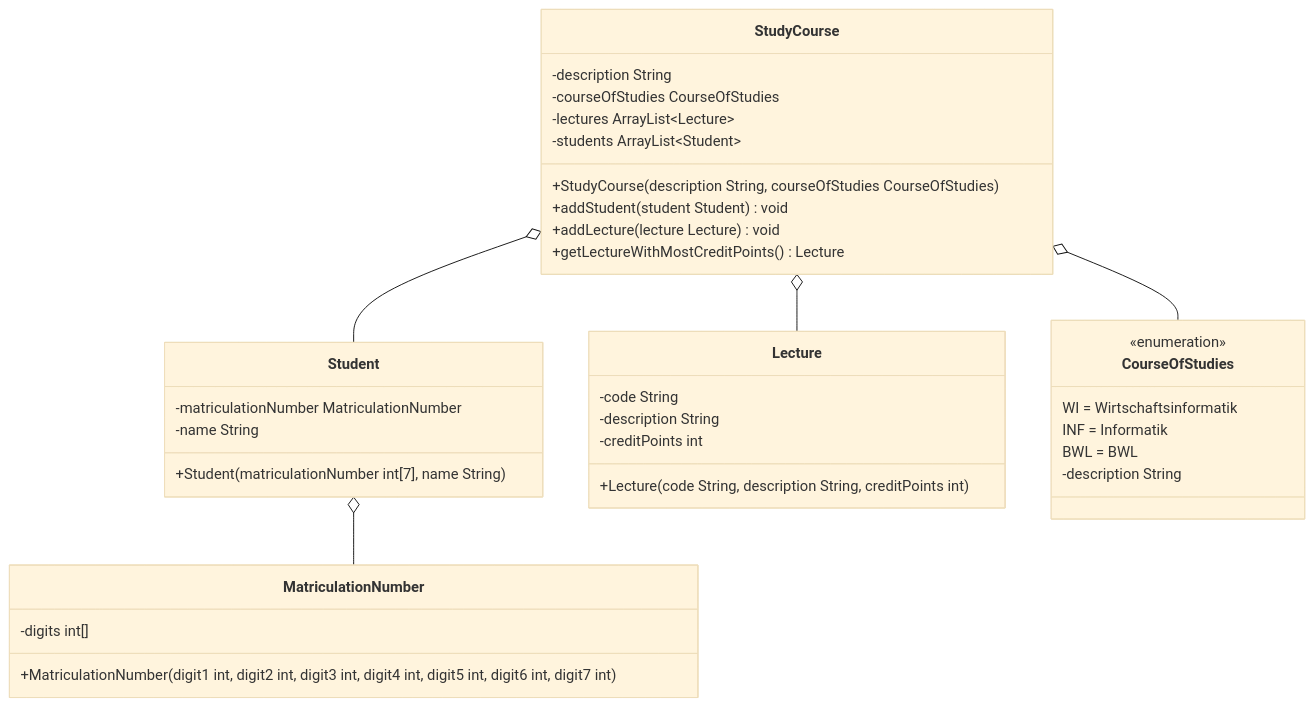
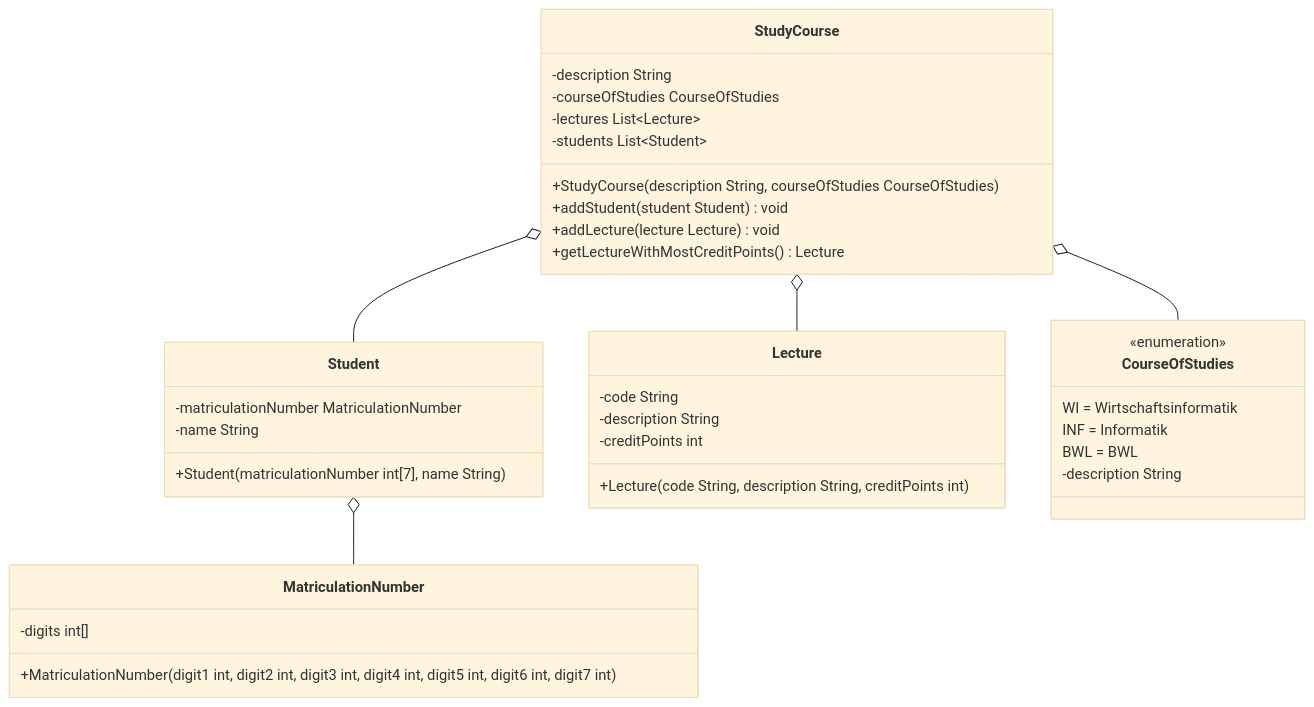
One commit to jappuccini/java-docs changed the diagram in docs/exam-exercises/exam-exercises-java1/student-course.md. Above: the diagram before and after it, drawn with Mermaid (base theme).

````diff
--- a/docs/exam-exercises/exam-exercises-java1/student-course.md
+++ b/docs/exam-exercises/exam-exercises-java1/student-course.md
@@ -11,44 +11,44 @@
 ```mermaid
 classDiagram
     StudyCourse o-- Student
     StudyCourse o-- Lecture
     StudyCourse o-- CourseOfStudies
     Student o-- MatriculationNumber
 
     class MatriculationNumber {
         -digits int[]
         +MatriculationNumber(digit1 int, digit2 int, digit3 int, digit4 int, digit5 int, digit6 int, digit7 int)
     }
 
     class Student {
         -matriculationNumber MatriculationNumber
         -name String
         +Student(matriculationNumber int[7], name String)
     }
 
     class Lecture {
         -code String
         -description String
         -creditPoints int
         +Lecture(code String, description String, creditPoints int)
     }
 
     class StudyCourse {
         -description String
         -courseOfStudies CourseOfStudies
-        -lectures ArrayList~Lecture~
-        -students ArrayList~Student~
+        -lectures List~Lecture~
+        -students List~Student~
         +StudyCourse(description String, courseOfStudies CourseOfStudies)
         +addStudent(student Student) void
         +addLecture(lecture Lecture) void
         +getLectureWithMostCreditPoints() Lecture
     }
 
     class CourseOfStudies {
         <<enumeration>>
         WI = Wirtschaftsinformatik
         INF = Informatik
         BWL = BWL
         -description String
     }
 ```
````
